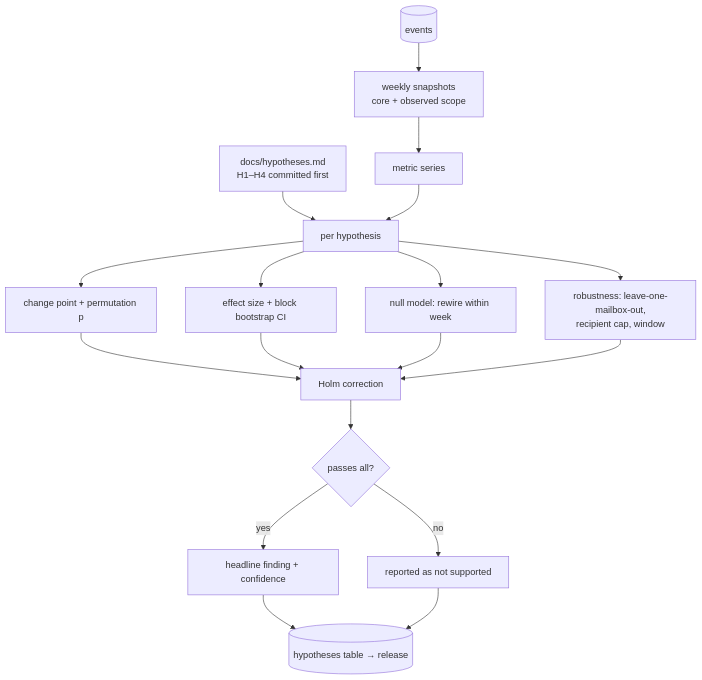
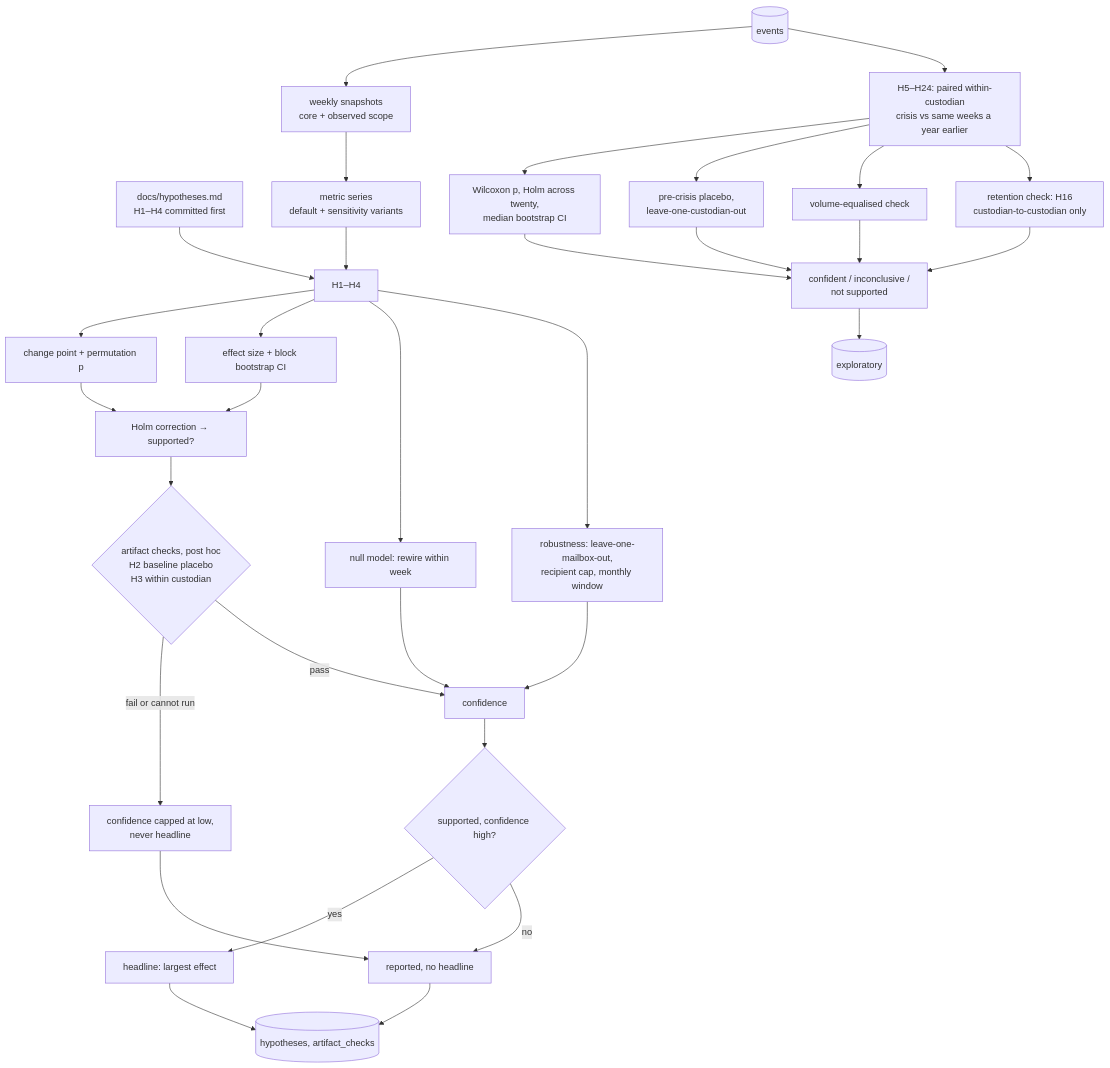
One commit to marcusvieira88/network-science changed the fourth of 6 diagrams in docs/architecture.md. Above: the diagram before and after it, drawn with Mermaid. The commit also changed other lines of this file, not shown here.

First line of the commit message:
Docs as built: architecture

````diff
--- a/docs/architecture.md
+++ b/docs/architecture.md
@@ -98,16 +154,28 @@
 ```mermaid
 flowchart TB
     H0[docs/hypotheses.md<br/>H1–H4 committed first] --> RUN
     E[(events)] --> W[weekly snapshots<br/>core + observed scope]
-    W --> MS[metric series]
-    MS --> RUN[per hypothesis]
+    W --> MS[metric series<br/>default + sensitivity variants]
+    MS --> RUN[H1–H4]
     RUN --> CP[change point + permutation p]
     RUN --> ES[effect size + block bootstrap CI]
     RUN --> NM[null model: rewire within week]
-    RUN --> RB[robustness: leave-one-mailbox-out,<br/>recipient cap, window]
-    CP & ES & NM & RB --> HC[Holm correction]
-    HC --> D{passes all?}
-    D -- yes --> F[headline finding + confidence]
-    D -- no --> NS[reported as not supported]
-    F & NS --> T[(hypotheses table → release)]
+    RUN --> RB[robustness: leave-one-mailbox-out,<br/>recipient cap, monthly window]
+    CP & ES --> HC[Holm correction → supported?]
+    NM & RB --> CF[confidence]
+    HC --> AC{artifact checks, post hoc<br/>H2 baseline placebo<br/>H3 within custodian}
+    AC -- fail or cannot run --> LOW[confidence capped at low,<br/>never headline]
+    AC -- pass --> CF
+    CF --> HL{supported, confidence high?}
+    HL -- yes --> F[headline: largest effect]
+    HL -- no --> NS[reported, no headline]
+    LOW --> NS
+    E --> X[H5–H24: paired within-custodian<br/>crisis vs same weeks a year earlier]
+    X --> XP[Wilcoxon p, Holm across twenty,<br/>median bootstrap CI]
+    X --> XPL[pre-crisis placebo,<br/>leave-one-custodian-out]
+    X --> XV[volume-equalised check]
+    X --> XR[retention check: H16<br/>custodian-to-custodian only]
+    XP & XPL & XV & XR --> XO[confident / inconclusive /<br/>not supported]
+    F & NS --> T[(hypotheses, artifact_checks)]
+    XO --> T2[(exploratory)]
 ```
````
